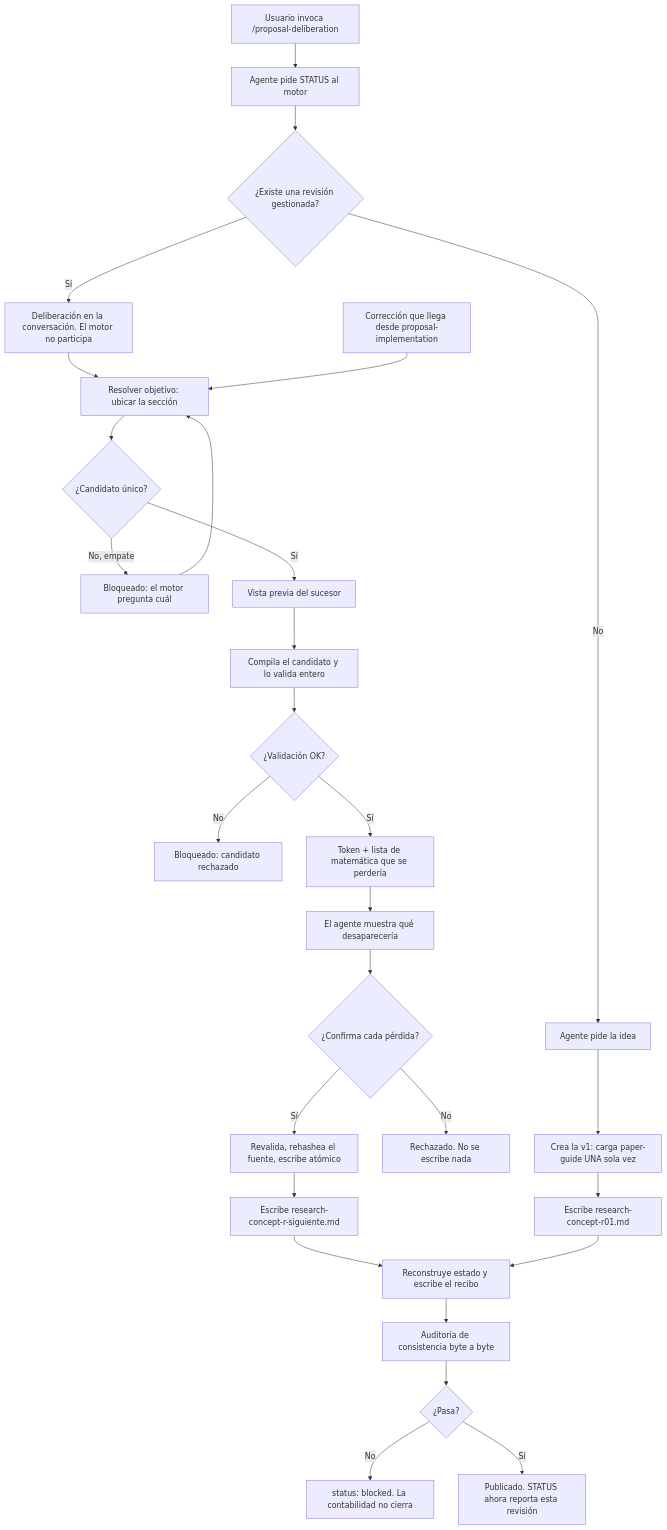
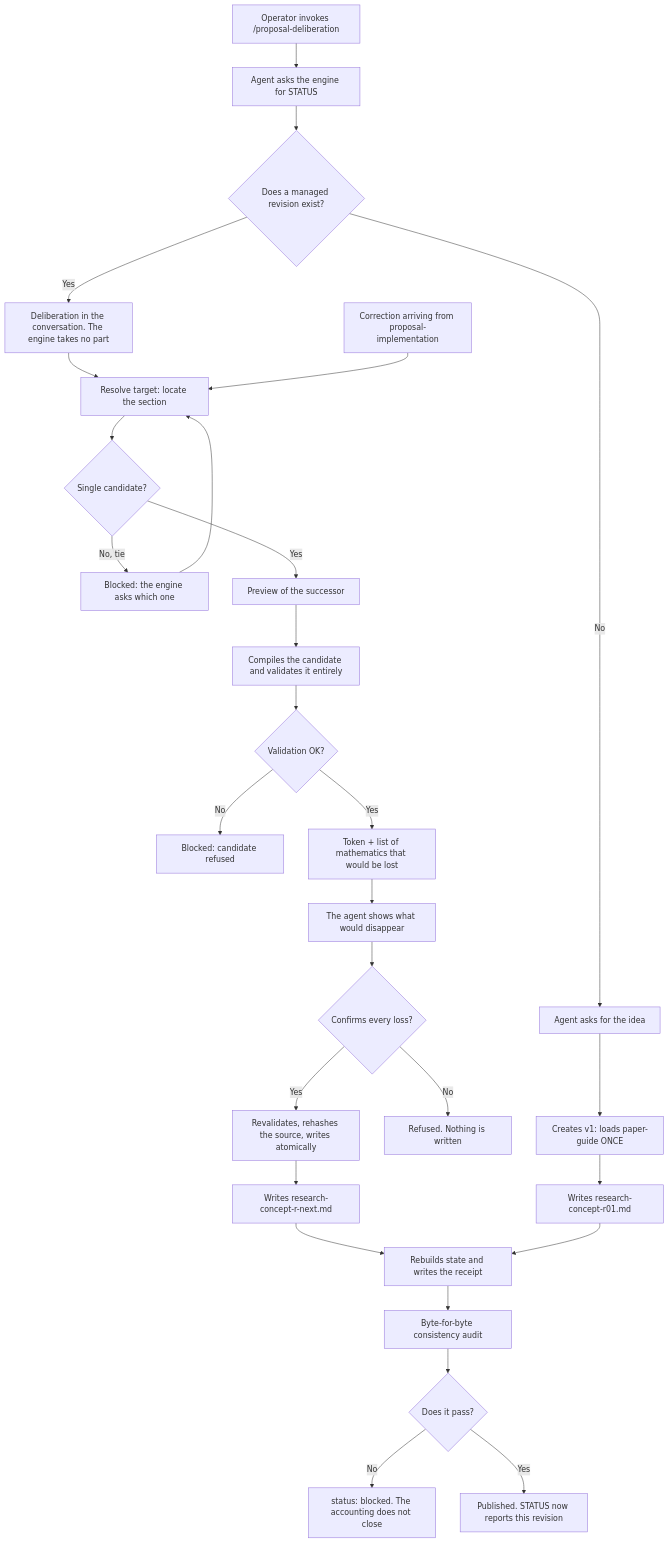
Before and after one commit to AndresCdo/papersmith-ai: the third of 10 diagrams in README.md, drawn with Mermaid. The commit also changed other lines of this file, not shown here.

First line of the commit message:
docs(readme): the deliberation anatomy speaks English

````diff
--- a/README.md
+++ b/README.md
@@ -1312,30 +1314,30 @@
 ```mermaid
 flowchart TD
-    A["Usuario invoca /proposal-deliberation"] --> B["Agente pide STATUS al motor"]
-    B --> C{"¿Existe una revisión gestionada?"}
-    C -- No --> D["Agente pide la idea"]
-    D --> E["Crea la v1: carga paper-guide UNA sola vez"]
-    E --> F["Escribe research-concept-r01.md"]
-    C -- Sí --> G["Deliberación en la conversación. El motor no participa"]
-    G --> H["Resolver objetivo: ubicar la sección"]
-    H --> I{"¿Candidato único?"}
-    I -- "No, empate" --> J["Bloqueado: el motor pregunta cuál"]
+    A["Operator invokes /proposal-deliberation"] --> B["Agent asks the engine for STATUS"]
+    B --> C{"Does a managed revision exist?"}
+    C -- No --> D["Agent asks for the idea"]
+    D --> E["Creates v1: loads paper-guide ONCE"]
+    E --> F["Writes research-concept-r01.md"]
+    C -- Yes --> G["Deliberation in the conversation. The engine takes no part"]
+    G --> H["Resolve target: locate the section"]
+    H --> I{"Single candidate?"}
+    I -- "No, tie" --> J["Blocked: the engine asks which one"]
     J --> H
-    I -- Sí --> K["Vista previa del sucesor"]
-    K --> L["Compila el candidato y lo valida entero"]
-    L --> M{"¿Validación OK?"}
-    M -- No --> N["Bloqueado: candidato rechazado"]
-    M -- Sí --> O["Token + lista de matemática que se perdería"]
-    O --> P["El agente muestra qué desaparecería"]
-    P --> Q{"¿Confirma cada pérdida?"}
-    Q -- No --> R["Rechazado. No se escribe nada"]
-    Q -- Sí --> S["Revalida, rehashea el fuente, escribe atómico"]
-    S --> T["Escribe research-concept-r-siguiente.md"]
-    T --> U["Reconstruye estado y escribe el recibo"]
-    U --> V["Auditoría de consistencia byte a byte"]
-    V --> W{"¿Pasa?"}
-    W -- No --> X["status: blocked. La contabilidad no cierra"]
-    W -- Sí --> Y["Publicado. STATUS ahora reporta esta revisión"]
+    I -- Yes --> K["Preview of the successor"]
+    K --> L["Compiles the candidate and validates it entirely"]
+    L --> M{"Validation OK?"}
+    M -- No --> N["Blocked: candidate refused"]
+    M -- Yes --> O["Token + list of mathematics that would be lost"]
+    O --> P["The agent shows what would disappear"]
+    P --> Q{"Confirms every loss?"}
+    Q -- No --> R["Refused. Nothing is written"]
+    Q -- Yes --> S["Revalidates, rehashes the source, writes atomically"]
+    S --> T["Writes research-concept-r-next.md"]
+    T --> U["Rebuilds state and writes the receipt"]
+    U --> V["Byte-for-byte consistency audit"]
+    V --> W{"Does it pass?"}
+    W -- No --> X["status: blocked. The accounting does not close"]
+    W -- Yes --> Y["Published. STATUS now reports this revision"]
     F --> U
-    Z["Corrección que llega desde proposal-implementation"] --> H
+    Z["Correction arriving from proposal-implementation"] --> H
 ```
````
